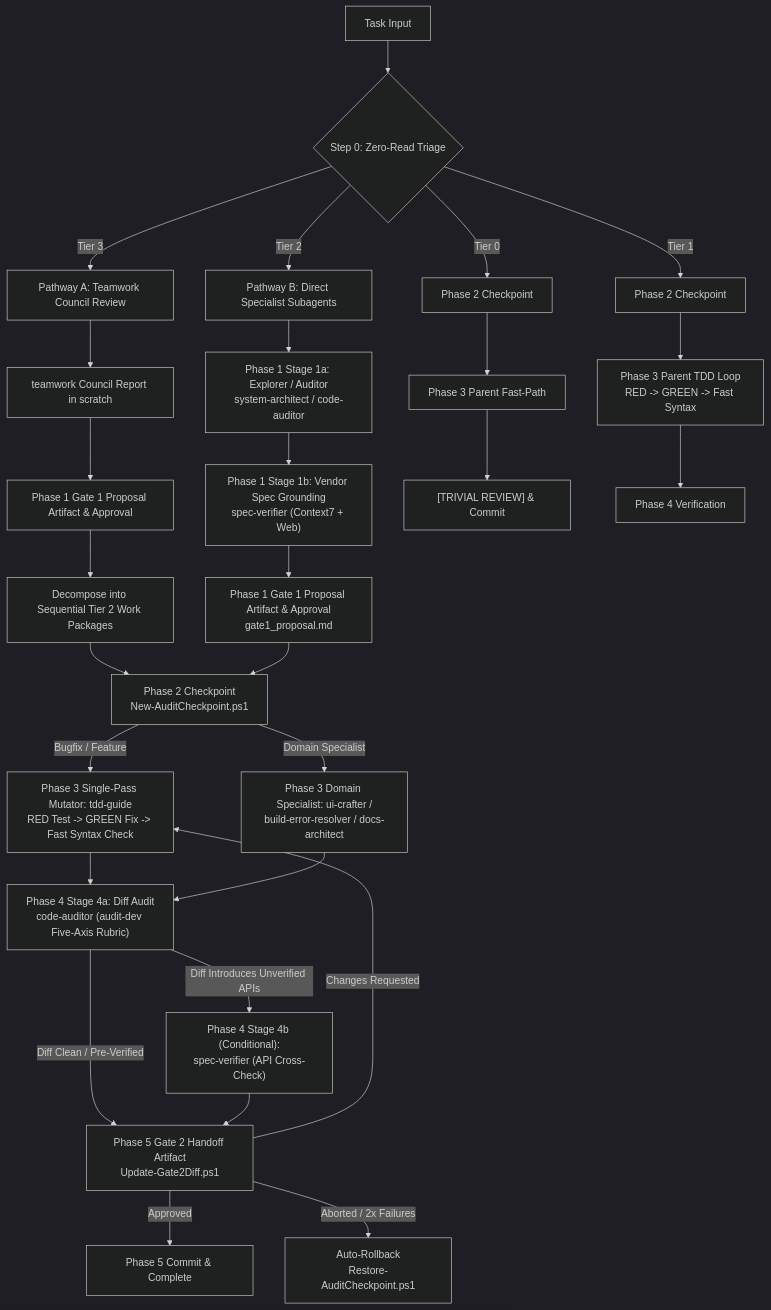
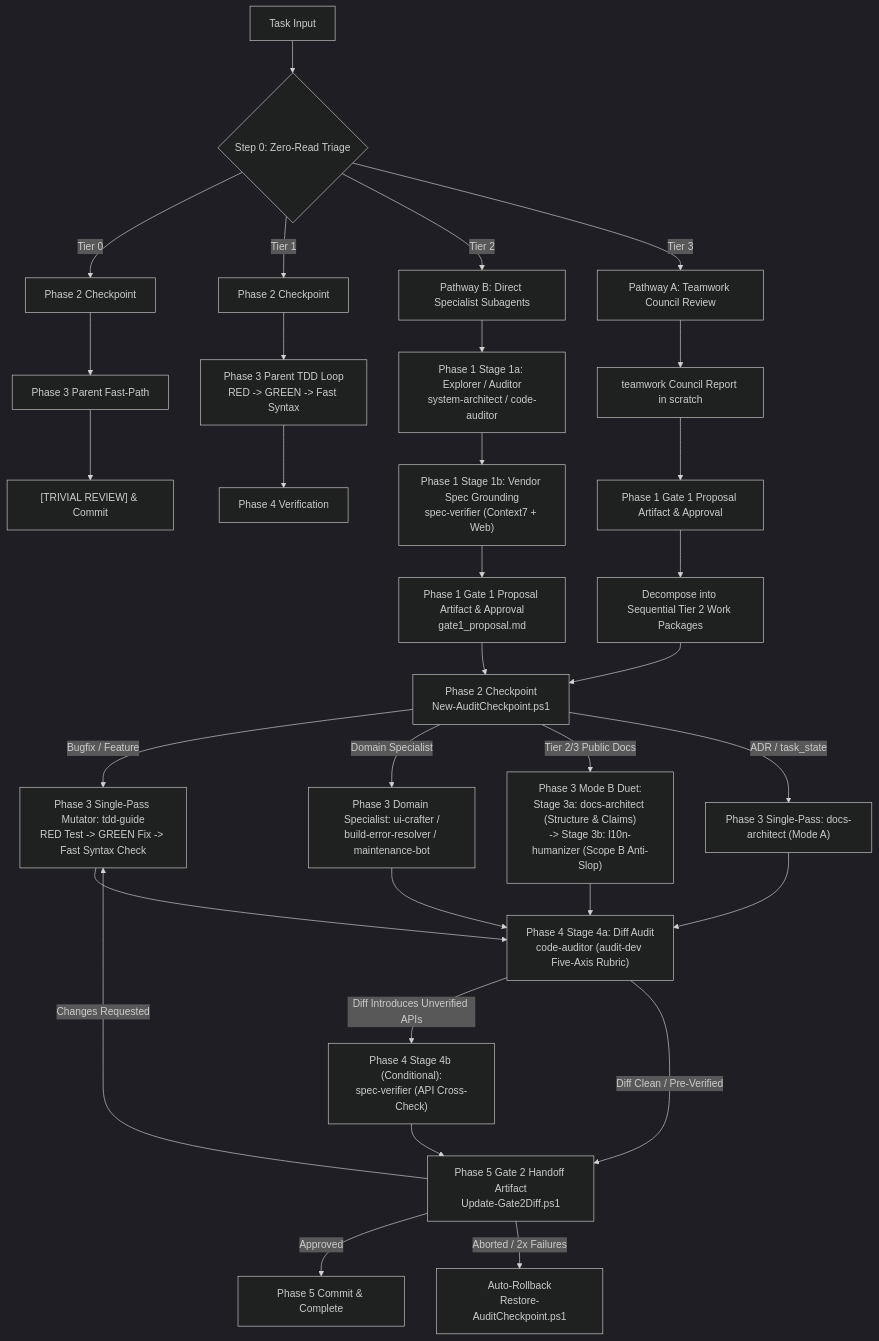
Before and after one commit to afif25fradana/everyday-agy: the diagram in config/skills/orchestrator/SKILL.md, drawn with Mermaid (dark theme). The commit also changed other lines of this file and 32 other files, not shown here.

````diff
--- a/config/skills/orchestrator/SKILL.md
+++ b/config/skills/orchestrator/SKILL.md
@@ -70,39 +70,43 @@
 ```mermaid
 flowchart TD
     Task["Task Input"] --> Triage{"Step 0: Zero-Read Triage"}
     Triage -->|"Tier 0"| CkptT0["Phase 2 Checkpoint"]
     Triage -->|"Tier 1"| CkptT1["Phase 2 Checkpoint"]
     Triage -->|"Tier 2"| DirectSpecialists["Pathway B: Direct Specialist Subagents"]
     Triage -->|"Tier 3"| TeamworkCouncil["Pathway A: Teamwork Council Review"]
     
     DirectSpecialists --> S1a["Phase 1 Stage 1a: Explorer / Auditor<br/>system-architect / code-auditor"]
     S1a --> S1b["Phase 1 Stage 1b: Vendor Spec Grounding<br/>spec-verifier (Context7 + Web)"]
     S1b --> Gate1["Phase 1 Gate 1 Proposal Artifact & Approval<br/>gate1_proposal.md"]
     
     TeamworkCouncil --> TCReport["teamwork Council Report in scratch"]
     TCReport --> Gate1TC["Phase 1 Gate 1 Proposal Artifact & Approval"]
     Gate1TC --> T3Exec["Decompose into Sequential Tier 2 Work Packages"]
     T3Exec --> CkptT2
     
     Gate1 --> CkptT2["Phase 2 Checkpoint<br/>New-AuditCheckpoint.ps1"]
     
     CkptT0 --> T0Exec["Phase 3 Parent Fast-Path"]
     T0Exec --> T0Review["[TRIVIAL REVIEW] & Commit"]
     
     CkptT1 --> T1Exec["Phase 3 Parent TDD Loop<br/>RED -> GREEN -> Fast Syntax"]
     T1Exec --> P4Local["Phase 4 Verification"]
     
     CkptT2 -->|"Bugfix / Feature"| S2["Phase 3 Single-Pass Mutator: tdd-guide<br/>RED Test -> GREEN Fix -> Fast Syntax Check"]
-    CkptT2 -->|"Domain Specialist"| S3["Phase 3 Domain Specialist: ui-crafter /<br/>build-error-resolver / docs-architect"]
+    CkptT2 -->|"Domain Specialist"| S3["Phase 3 Domain Specialist: ui-crafter /<br/>build-error-resolver / maintenance-bot"]
+    CkptT2 -->|"Tier 2/3 Public Docs"| S3Duet["Phase 3 Mode B Duet:<br/>Stage 3a: docs-architect (Structure & Claims)<br/>-> Stage 3b: l10n-humanizer (Scope B Anti-Slop)"]
+    CkptT2 -->|"ADR / task_state"| S3ModeA["Phase 3 Single-Pass: docs-architect (Mode A)"]
     
     S2 --> S4["Phase 4 Stage 4a: Diff Audit<br/>code-auditor (audit-dev Five-Axis Rubric)"]
     S3 --> S4
+    S3Duet --> S4
+    S3ModeA --> S4
     
     S4 -->|"Diff Introduces Unverified APIs"| S4b["Phase 4 Stage 4b (Conditional):<br/>spec-verifier (API Cross-Check)"]
     S4 -->|"Diff Clean / Pre-Verified"| Gate2["Phase 5 Gate 2 Handoff Artifact<br/>Update-Gate2Diff.ps1"]
     S4b --> Gate2
     
     Gate2 -->|"Approved"| CommitDone["Phase 5 Commit & Complete"]
     Gate2 -->|"Changes Requested"| S2
     Gate2 -->|"Aborted / 2x Failures"| Rollback["Auto-Rollback<br/>Restore-AuditCheckpoint.ps1"]
 ```
````
